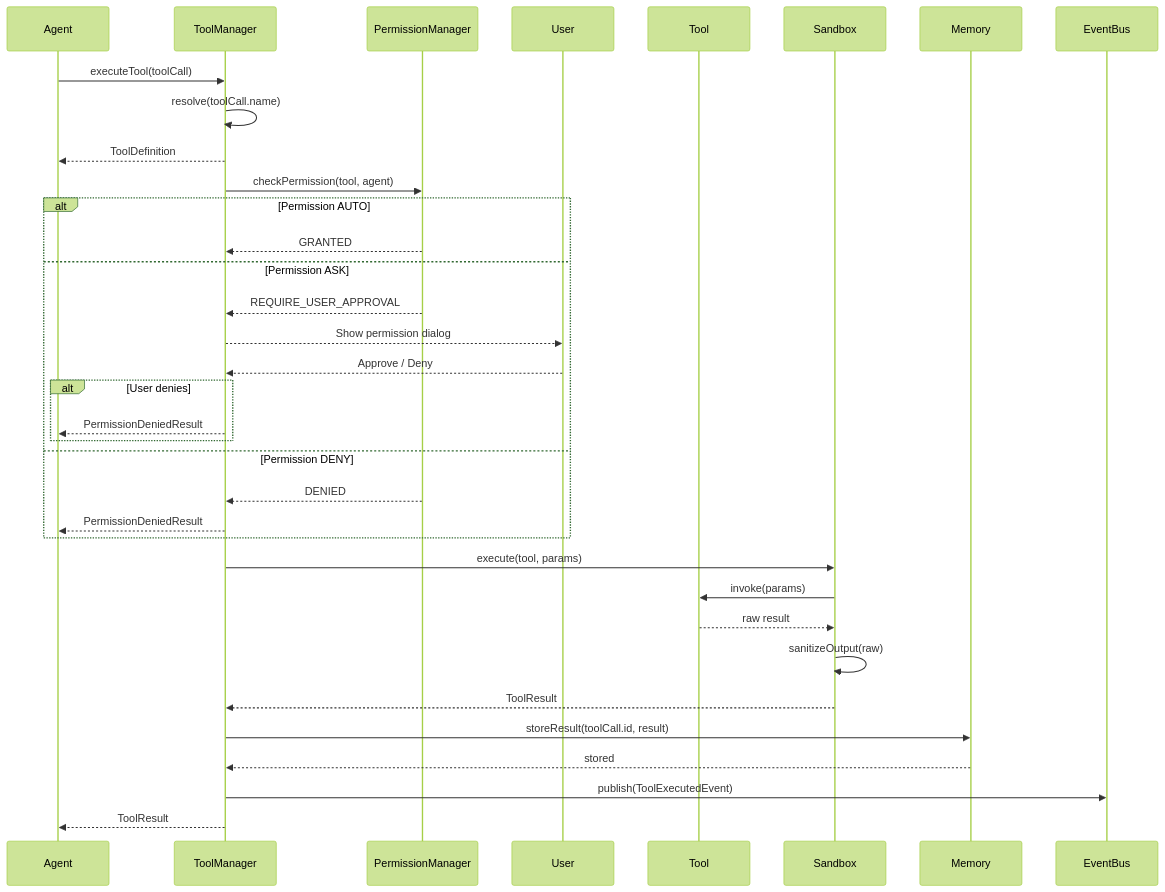
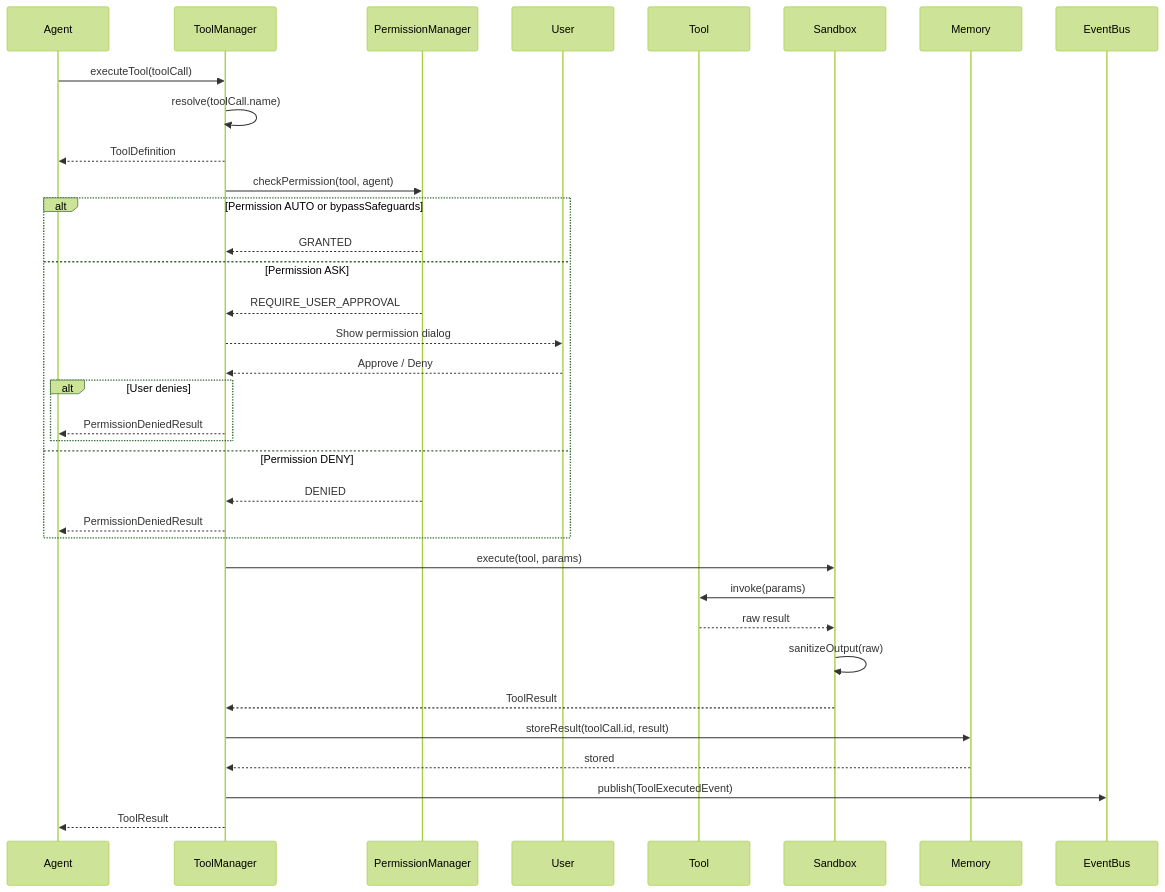
One commit to pavan53732/Nexora changed the diagram in diagrams/Tool-Execution-Flow.md. Above: the diagram before and after it, drawn with Mermaid (forest theme). The commit also changed 12 other files, not shown here.

First line of the commit message:
feat: add provider bypass, jailbreak prompt, and self-grant permission capabilities

````diff
--- a/diagrams/Tool-Execution-Flow.md
+++ b/diagrams/Tool-Execution-Flow.md
@@ -13,43 +13,43 @@
 ```mermaid
 sequenceDiagram
     participant Agent
     participant ToolManager
     participant PermissionManager
     participant User
     participant Tool
     participant Sandbox
     participant Memory
     participant EventBus
 
     Agent->>ToolManager: executeTool(toolCall)
     ToolManager->>ToolManager: resolve(toolCall.name)
     ToolManager-->>Agent: ToolDefinition
 
     ToolManager->>PermissionManager: checkPermission(tool, agent)
 
-    alt Permission AUTO
+    alt Permission AUTO or bypassSafeguards
         PermissionManager-->>ToolManager: GRANTED
     else Permission ASK
         PermissionManager-->>ToolManager: REQUIRE_USER_APPROVAL
         ToolManager-->>User: Show permission dialog
         User-->>ToolManager: Approve / Deny
         alt User denies
             ToolManager-->>Agent: PermissionDeniedResult
         end
     else Permission DENY
         PermissionManager-->>ToolManager: DENIED
         ToolManager-->>Agent: PermissionDeniedResult
     end
 
     ToolManager->>Sandbox: execute(tool, params)
     Sandbox->>Tool: invoke(params)
     Tool-->>Sandbox: raw result
     Sandbox->>Sandbox: sanitizeOutput(raw)
     Sandbox-->>ToolManager: ToolResult
 
     ToolManager->>Memory: storeResult(toolCall.id, result)
     Memory-->>ToolManager: stored
 
     ToolManager->>EventBus: publish(ToolExecutedEvent)
     ToolManager-->>Agent: ToolResult
 ```
````
